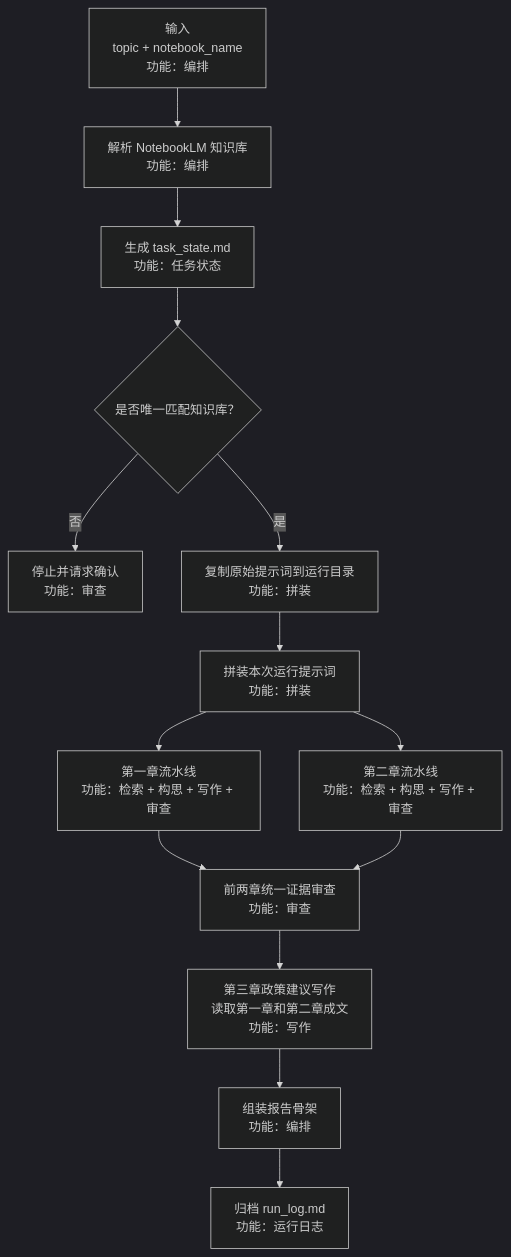
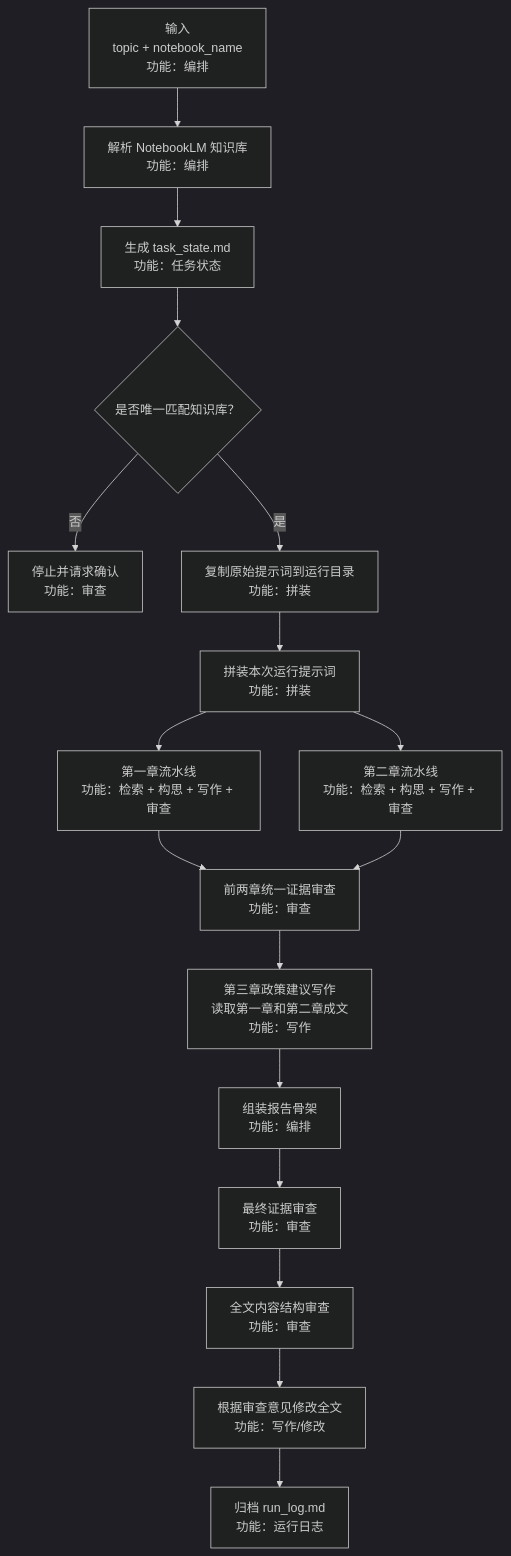
The second of 8 diagrams in example1/workflow/flowcharts.md (griifth/policy-writing-agent), drawn with Mermaid (dark theme) before and after one commit. The commit also changed other lines of this file and 45 other files, not shown here.

````diff
--- a/example1/workflow/flowcharts.md
+++ b/example1/workflow/flowcharts.md
@@ -25,18 +25,21 @@
 ```mermaid
 flowchart TD
   A["输入<br/>topic + notebook_name<br/>功能：编排"] --> B["解析 NotebookLM 知识库<br/>功能：编排"]
   B --> B1["生成 task_state.md<br/>功能：任务状态"]
   B1 --> C{"是否唯一匹配知识库？"}
   C -- "否" --> C1["停止并请求确认<br/>功能：审查"]
   C -- "是" --> D["复制原始提示词到运行目录<br/>功能：拼装"]
   D --> E["拼装本次运行提示词<br/>功能：拼装"]
 
   E --> F["第一章流水线<br/>功能：检索 + 构思 + 写作 + 审查"]
   E --> G["第二章流水线<br/>功能：检索 + 构思 + 写作 + 审查"]
 
   F --> H["前两章统一证据审查<br/>功能：审查"]
   G --> H
   H --> I["第三章政策建议写作<br/>读取第一章和第二章成文<br/>功能：写作"]
   I --> J["组装报告骨架<br/>功能：编排"]
-  J --> K["归档 run_log.md<br/>功能：运行日志"]
+  J --> K["最终证据审查<br/>功能：审查"]
+  K --> L["全文内容结构审查<br/>功能：审查"]
+  L --> M["根据审查意见修改全文<br/>功能：写作/修改"]
+  M --> N["归档 run_log.md<br/>功能：运行日志"]
 ```
````
